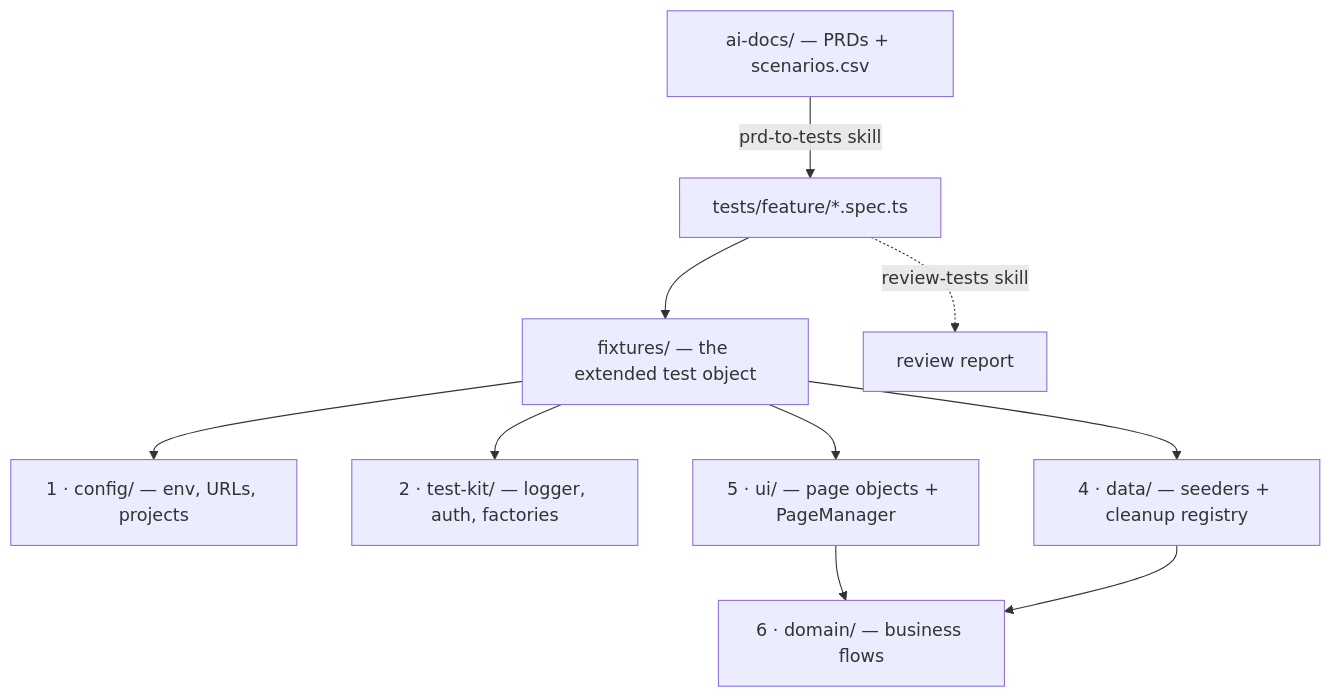
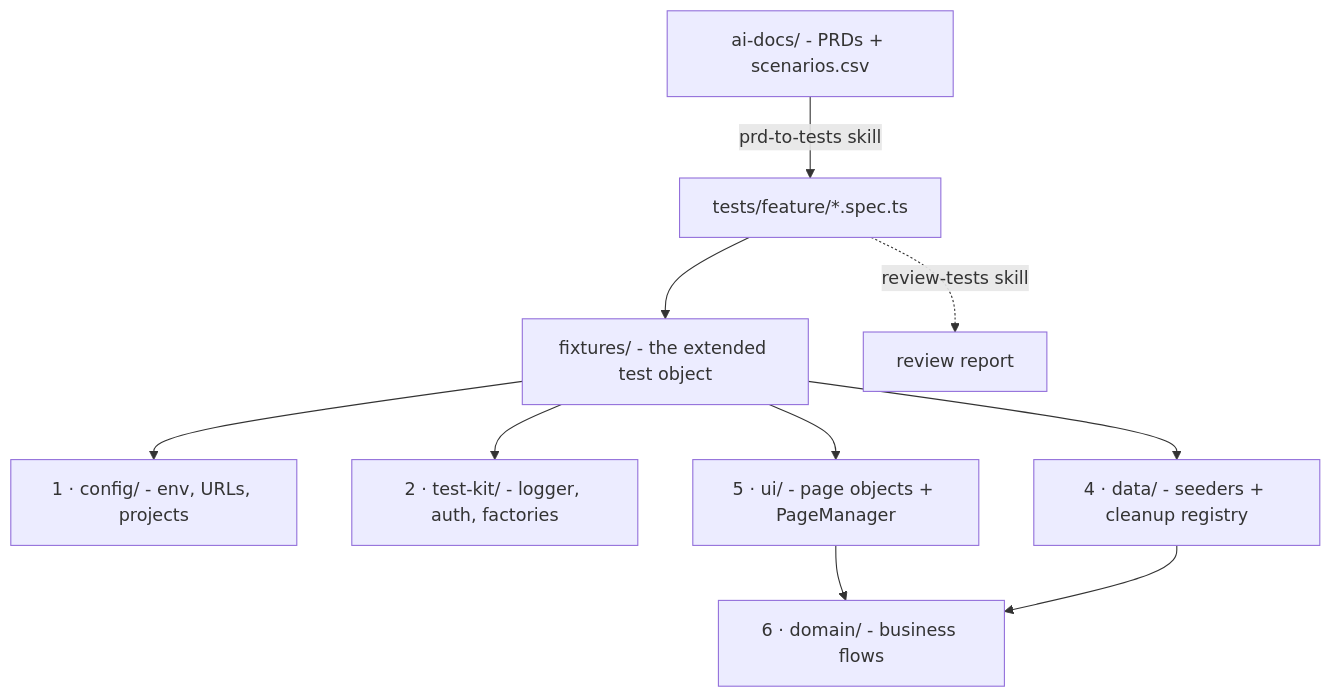
The diagram in README.md (dbanisetty/playwright-portfolio), drawn with Mermaid before and after one commit. The commit also changed other lines of this file, not shown here.

````diff
--- a/README.md
+++ b/README.md
@@ -31,12 +31,12 @@
 ```mermaid
 flowchart TD
-  A["ai-docs/ — PRDs + scenarios.csv"] -->|prd-to-tests skill| G["tests/feature/*.spec.ts"]
-  G --> F["fixtures/ — the extended test object"]
-  F --> C1["1 · config/ — env, URLs, projects"]
-  F --> C2["2 · test-kit/ — logger, auth, factories"]
-  F --> C4["4 · data/ — seeders + cleanup registry"]
-  F --> C5["5 · ui/ — page objects + PageManager"]
-  C5 --> C6["6 · domain/ — business flows"]
+  A["ai-docs/ - PRDs + scenarios.csv"] -->|prd-to-tests skill| G["tests/feature/*.spec.ts"]
+  G --> F["fixtures/ - the extended test object"]
+  F --> C1["1 · config/ - env, URLs, projects"]
+  F --> C2["2 · test-kit/ - logger, auth, factories"]
+  F --> C4["4 · data/ - seeders + cleanup registry"]
+  F --> C5["5 · ui/ - page objects + PageManager"]
+  C5 --> C6["6 · domain/ - business flows"]
   C4 --> C6
   G -.->|review-tests skill| R["review report"]
 ```
````
